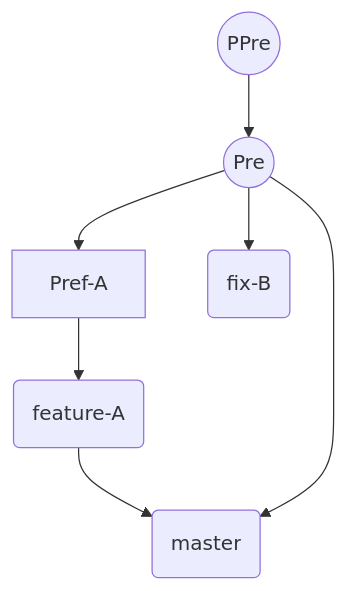
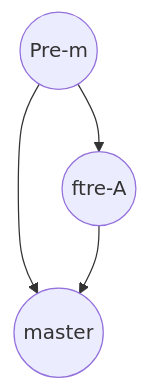
Before and after one commit to Sinking-Stone/LearningNotes: the second of 2 diagrams in GitHub Introduction and Practice/theForthChapter.md, drawn with Mermaid. The commit also changed other lines of this file and 3 other files, not shown here.

````diff
--- a/GitHub Introduction and Practice/theForthChapter.md
+++ b/GitHub Introduction and Practice/theForthChapter.md
@@ -209,10 +291,7 @@
 ```mermaid
 graph TD
 
-A((PPre)) --> B((Pre))
-B --> D[Pref-A]
-D --> E(feature-A)
-E --> F(master)
-B --> F(master)
-B --> C(fix-B)
+A((Pre-m)) --> C((master))
+A --> B((ftre-A))
+B --> C((master))
 ```
````
